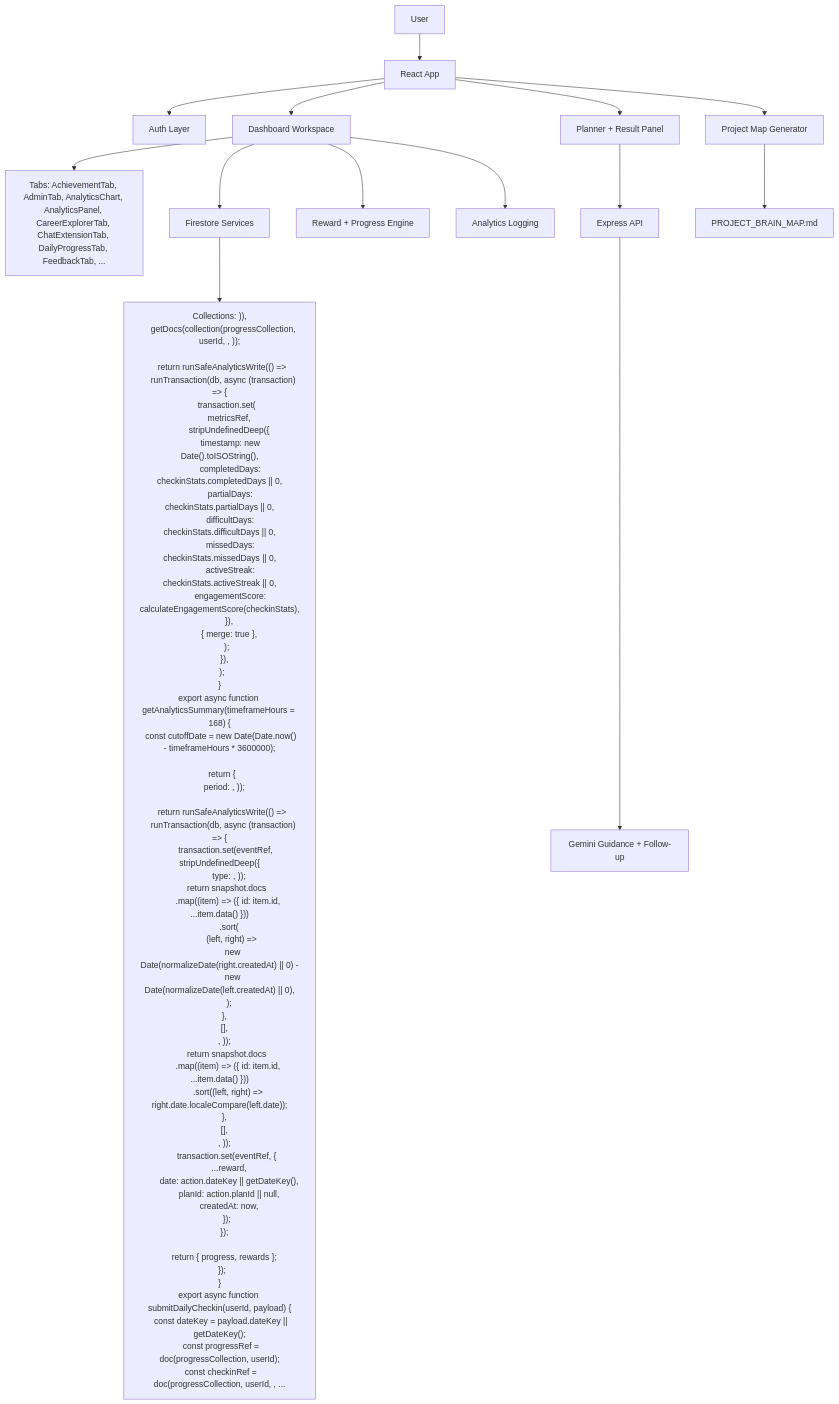
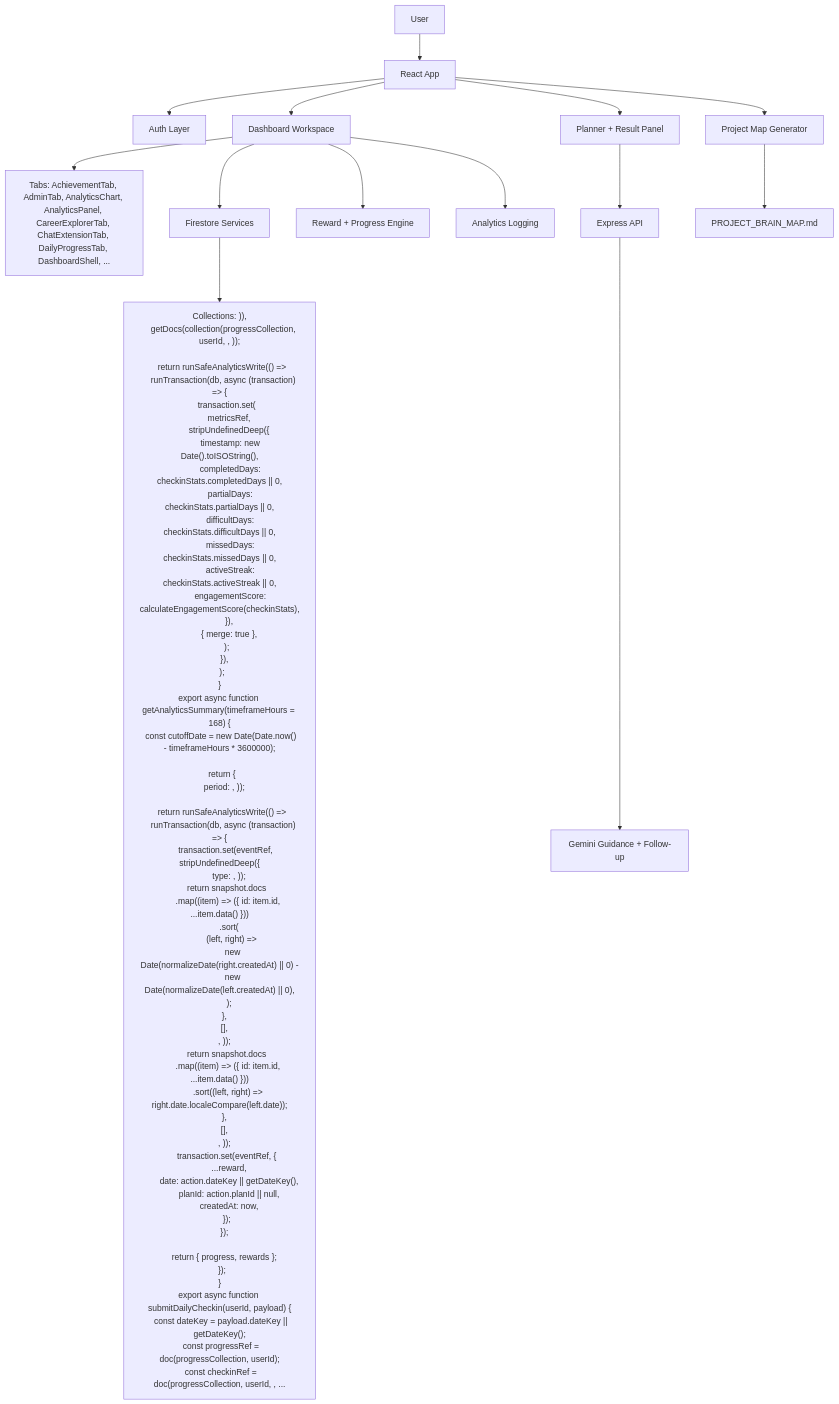
The diagram in public/PROJECT_BRAIN_MAP.md (bekartikk/life-guidance-pro), drawn with Mermaid before and after one commit. The commit also changed other lines of this file and 6 other files, not shown here.

````diff
--- a/public/PROJECT_BRAIN_MAP.md
+++ b/public/PROJECT_BRAIN_MAP.md
@@ -15,79 +15,79 @@
 ```mermaid
 flowchart TD
   A["User"] --> B["React App"]
   B --> C["Auth Layer"]
   B --> D["Dashboard Workspace"]
   B --> E["Planner + Result Panel"]
-  D --> F["Tabs: AchievementTab, AdminTab, AnalyticsChart, AnalyticsPanel, CareerExplorerTab, ChatExtensionTab, DailyProgressTab, FeedbackTab, ..."]
+  D --> F["Tabs: AchievementTab, AdminTab, AnalyticsChart, AnalyticsPanel, CareerExplorerTab, ChatExtensionTab, DailyProgressTab, DashboardShell, ..."]
   E --> G["Express API"]
   G --> H["Gemini Guidance + Follow-up"]
   D --> I["Firestore Services"]
   I --> J["Collections: )),
     getDocs(collection(progressCollection, userId, , ));
 
   return runSafeAnalyticsWrite(() =>
     runTransaction(db, async (transaction) => {
       transaction.set(
         metricsRef,
         stripUndefinedDeep({
           timestamp: new Date().toISOString(),
           completedDays: checkinStats.completedDays || 0,
           partialDays: checkinStats.partialDays || 0,
           difficultDays: checkinStats.difficultDays || 0,
           missedDays: checkinStats.missedDays || 0,
           activeStreak: checkinStats.activeStreak || 0,
           engagementScore: calculateEngagementScore(checkinStats),
         }),
         { merge: true },
       );
     }),
   );
 }
 
 export async function getAnalyticsSummary(timeframeHours = 168) {
   const cutoffDate = new Date(Date.now() - timeframeHours * 3600000);
 
   return {
     period: , ));
 
   return runSafeAnalyticsWrite(() =>
     runTransaction(db, async (transaction) => {
       transaction.set(eventRef, stripUndefinedDeep({
         type: , ));
       return snapshot.docs
         .map((item) => ({ id: item.id, ...item.data() }))
         .sort(
           (left, right) =>
             new Date(normalizeDate(right.createdAt) || 0) -
             new Date(normalizeDate(left.createdAt) || 0),
         );
     },
     [],
     , ));
       return snapshot.docs
         .map((item) => ({ id: item.id, ...item.data() }))
         .sort((left, right) => right.date.localeCompare(left.date));
     },
     [],
     , ));
       transaction.set(eventRef, {
         ...reward,
         date: action.dateKey || getDateKey(),
         planId: action.planId || null,
         createdAt: now,
       });
     });
 
     return { progress, rewards };
   });
 }
 
 export async function submitDailyCheckin(userId, payload) {
   const dateKey = payload.dateKey || getDateKey();
   const progressRef = doc(progressCollection, userId);
   const checkinRef = doc(progressCollection, userId, , ..."]
   D --> K["Reward + Progress Engine"]
   D --> L["Analytics Logging"]
   B --> M["Project Map Generator"]
   M --> N["PROJECT_BRAIN_MAP.md"]
 ```
````
